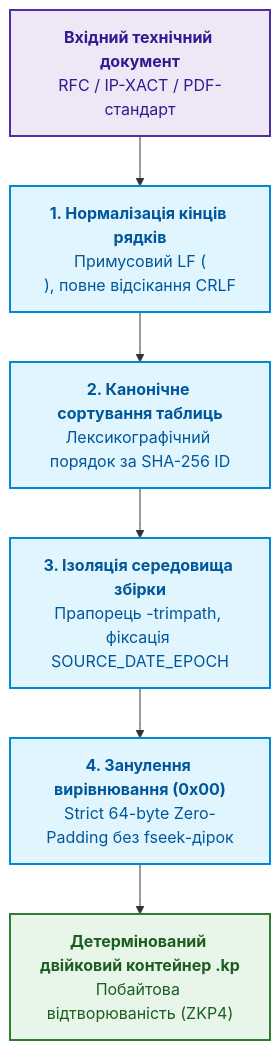
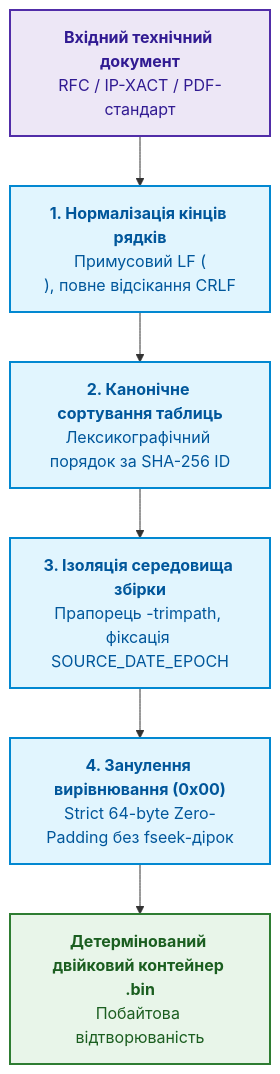
One commit to nick-fedchik/articles changed the ninth of 11 diagrams in ExpertSystem/ch32-high-performance-knowledge-packs-mmap-and-harvesting.md. Above: the diagram before and after it, drawn with Mermaid. The commit also changed other lines of this file and 8 other files, not shown here.

````diff
--- a/ExpertSystem/ch32-high-performance-knowledge-packs-mmap-and-harvesting.md
+++ b/ExpertSystem/ch32-high-performance-knowledge-packs-mmap-and-harvesting.md
@@ -1115,19 +1225,19 @@
 ```mermaid
 flowchart TD
     accTitle: Конвеєр герметичної кристалізації бінарних контейнерів знань
-    accDescr: Чотири послідовні кроки усунення недетермінізму збірки від нормалізації тексту до генерації побайтово відтворюваного контейнера ZKP4.
+    accDescr: Чотири послідовні кроки усунення недетермінізму збірки від нормалізації тексту до генерації побайтово відтворюваного контейнера.
 
     Doc["<b>Вхідний технічний документ</b><br/>RFC / IP-XACT / PDF-стандарт"] --> S1["<b>1. Нормалізація кінців рядків</b><br/>Примусовий LF (\n), повне відсікання CRLF"]
     S1 --> S2["<b>2. Канонічне сортування таблиць</b><br/>Лексикографічний порядок за SHA-256 ID"]
     S2 --> S3["<b>3. Ізоляція середовища збірки</b><br/>Прапорець -trimpath, фіксація SOURCE_DATE_EPOCH"]
     S3 --> S4["<b>4. Занулення вирівнювання (0x00)</b><br/>Strict 64-byte Zero-Padding без fseek-дірок"]
-    S4 --> ZKP["<b>Детермінований двійковий контейнер .kp</b><br/>Побайтова відтворюваність (ZKP4)"]
+    S4 --> ZKP["<b>Детермінований двійковий контейнер .bin</b><br/>Побайтова відтворюваність"]
 
     classDef in fill:#ede7f6,stroke:#512da8,stroke-width:2px,color:#311b92;
     classDef step fill:#e1f5fe,stroke:#0288d1,stroke-width:2px,color:#01579b;
     classDef out fill:#e8f5e9,stroke:#2e7d32,stroke-width:2px,color:#1b5e20;
 
     class Doc in;
     class S1,S2,S3,S4 step;
     class ZKP out;
 ```
````
